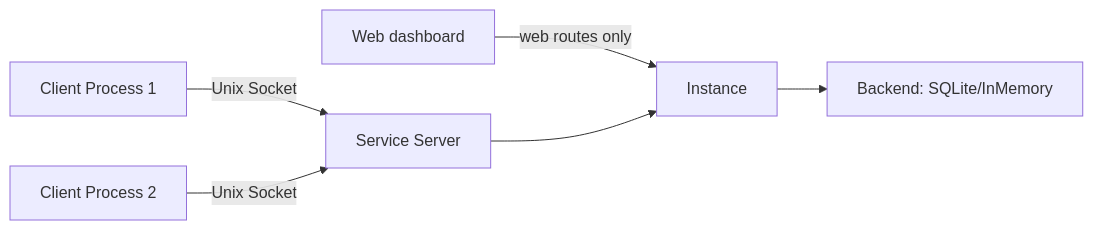
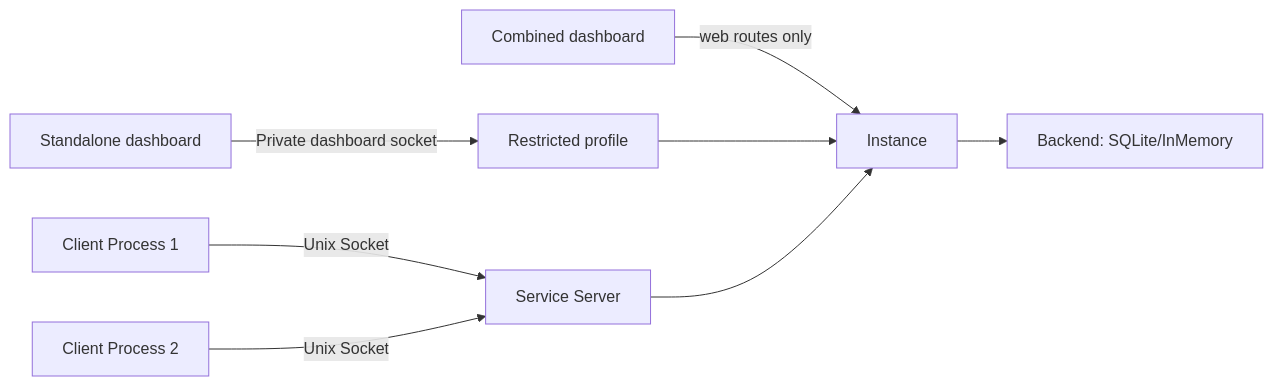
Before and after one commit to arcuru/eidetica: the first of 2 diagrams in docs/src/internal/service.md, drawn with Mermaid. The commit also changed other lines of this file and 33 other files, not shown here.

First line of the commit message:
feat(dashboard): run the web dashboard as a standalone process

````diff
--- a/docs/src/internal/service.md
+++ b/docs/src/internal/service.md
@@ -7,8 +7,10 @@
 ```mermaid
 graph LR
     C1[Client Process 1] -->|Unix Socket| S[Service Server]
     C2[Client Process 2] -->|Unix Socket| S
-    D[Web dashboard] -->|web routes only| I[Instance]
+    D[Combined dashboard] -->|web routes only| I[Instance]
+    G[Standalone dashboard] -->|Private dashboard socket| W[Restricted profile]
+    W --> I
     S --> I[Instance]
     I --> B[Backend: SQLite/InMemory]
 ```
````
